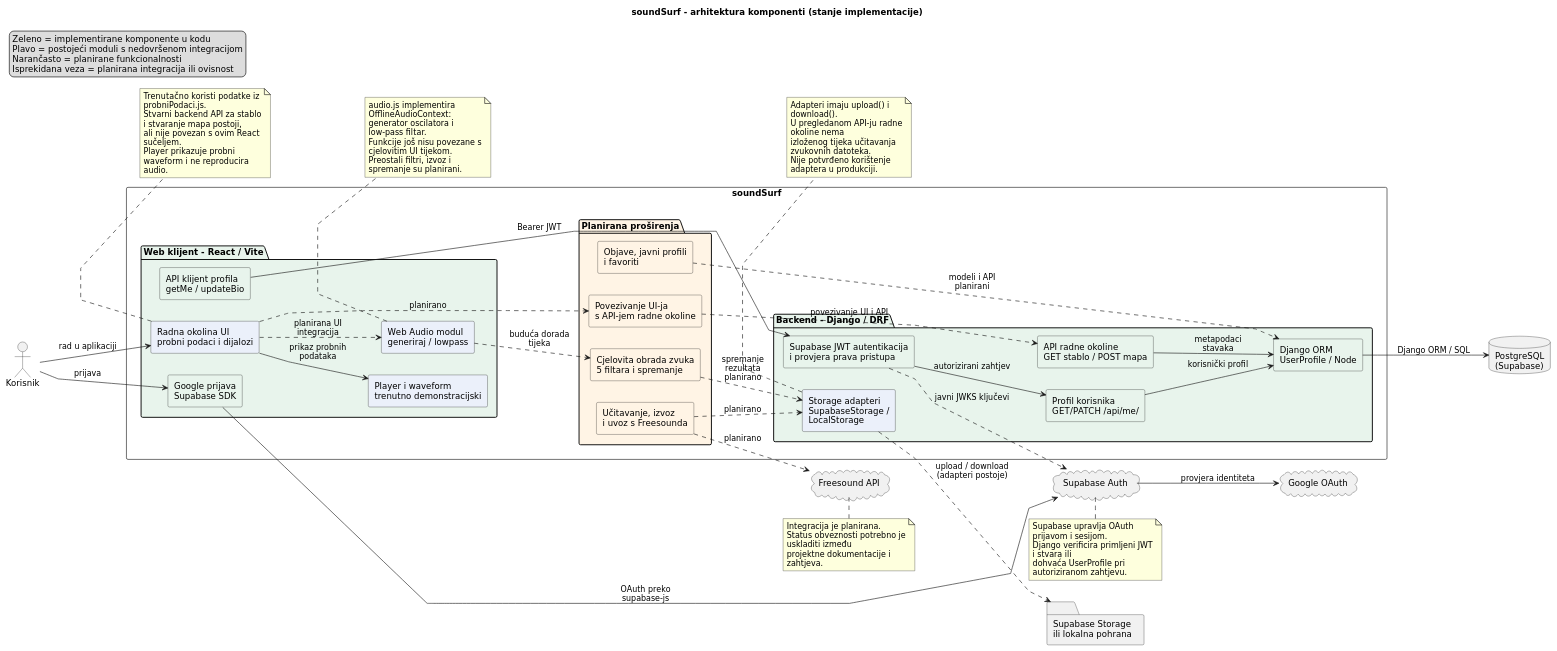
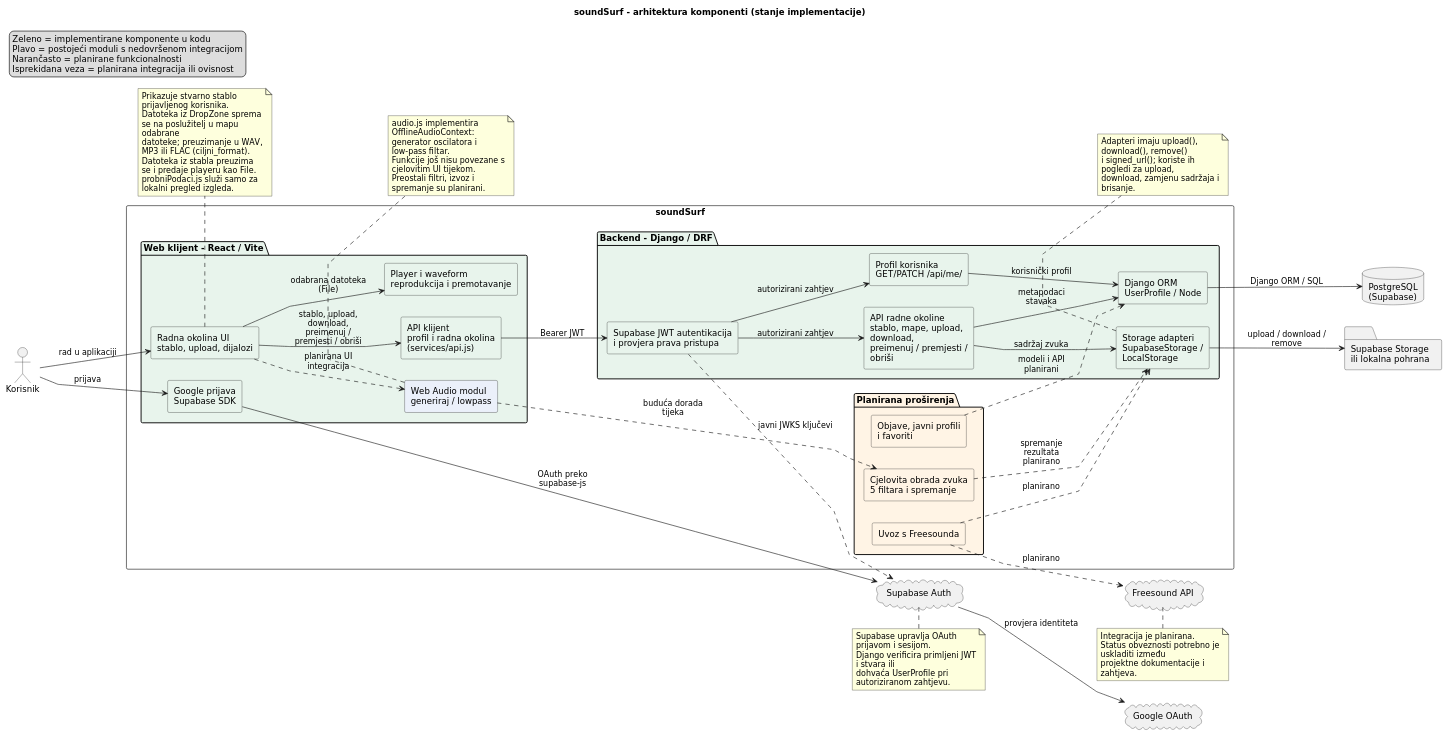
One commit to TomaPetrusic/soundSurf changed the diagram in docs/puml/4-1-soundsurf-komponente.puml. Above: the diagram before and after it, drawn with PlantUML. The commit also changed 1 other file, not shown here.

Commit message:
Dokumentacija: UML komponente i razredi usklađeni s radnom okolinom

```diff
--- a/docs/puml/4-1-soundsurf-komponente.puml
+++ b/docs/puml/4-1-soundsurf-komponente.puml
@@ -1,112 +1,112 @@
 @startuml
 left to right direction
 skinparam shadowing false
 skinparam componentStyle rectangle
 skinparam defaultFontName "DejaVu Sans"
 skinparam wrapWidth 200
 skinparam maxMessageSize 130
 skinparam linetype polyline
 
 title soundSurf - arhitektura komponenti (stanje implementacije)
 
 legend top left
   Zeleno = implementirane komponente u kodu
   Plavo = postojeći moduli s nedovršenom integracijom
   Narančasto = planirane funkcionalnosti
   Isprekidana veza = planirana integracija ili ovisnost
 endlegend
 
 actor "Korisnik" as User
 cloud "Google OAuth" as Google
 cloud "Supabase Auth" as Auth
 cloud "Freesound API" as Freesound
 database "PostgreSQL\n(Supabase)" as DB
 folder "Supabase Storage\nili lokalna pohrana" as Files
 
 rectangle "soundSurf" {
 
   package "Web klijent - React / Vite" #E8F4EC {
     [Google prijava\nSupabase SDK] as Login #E8F4EC
-    [API klijent profila\ngetMe / updateBio] as ClientAPI #E8F4EC
+    [API klijent\nprofil i radna okolina\n(services/api.js)] as ClientAPI #E8F4EC
 
-    [Radna okolina UI\nprobni podaci i dijalozi] as WorkspaceUI #EBF0FA
-    [Player i waveform\ntrenutno demonstracijski] as Player #EBF0FA
+    [Radna okolina UI\nstablo, upload, dijalozi] as WorkspaceUI #E8F4EC
+    [Player i waveform\nreprodukcija i premotavanje] as Player #E8F4EC
     [Web Audio modul\ngeneriraj / lowpass] as AudioClient #EBF0FA
   }
 
   package "Backend - Django / DRF" #E8F4EC {
     [Supabase JWT autentikacija\ni provjera prava pristupa] as JWT #E8F4EC
     [Profil korisnika\nGET/PATCH /api/me/] as ProfileAPI #E8F4EC
-    [API radne okoline\nGET stablo / POST mapa] as WorkspaceAPI #E8F4EC
+    [API radne okoline\nstablo, mape, upload, download,\npreimenuj / premjesti / obriši] as WorkspaceAPI #E8F4EC
     [Django ORM\nUserProfile / Node] as ORM #E8F4EC
-    [Storage adapteri\nSupabaseStorage / LocalStorage] as Storage #EBF0FA
+    [Storage adapteri\nSupabaseStorage / LocalStorage] as Storage #E8F4EC
   }
 
   package "Planirana proširenja" #FFF4E5 {
-    [Povezivanje UI-ja\ns API-jem radne okoline] as WorkspaceIntegration #FFF4E5
-    [Učitavanje, izvoz\ni uvoz s Freesounda] as ImportExport #FFF4E5
+    [Uvoz s Freesounda] as ImportExport #FFF4E5
     [Cjelovita obrada zvuka\n5 filtara i spremanje] as Processing #FFF4E5
     [Objave, javni profili\ni favoriti] as Social #FFF4E5
   }
 }
 
 User --> Login : prijava
 User --> WorkspaceUI : rad u aplikaciji
 
 Login --> Auth : OAuth preko supabase-js
 Auth --> Google : provjera identiteta
 
 ClientAPI --> JWT : Bearer JWT
 JWT ..> Auth : javni JWKS ključevi
 JWT --> ProfileAPI : autorizirani zahtjev
 ProfileAPI --> ORM : korisnički profil
+JWT --> WorkspaceAPI : autorizirani zahtjev
 WorkspaceAPI --> ORM : metapodaci stavaka
+WorkspaceAPI --> Storage : sadržaj zvuka
 ORM --> DB : Django ORM / SQL
 
-WorkspaceUI --> Player : prikaz probnih podataka
-WorkspaceUI ..> WorkspaceIntegration : planirano
-WorkspaceIntegration ..> WorkspaceAPI : povezivanje UI i API
+WorkspaceUI --> ClientAPI : stablo, upload, download,\npreimenuj / premjesti / obriši
+WorkspaceUI --> Player : odabrana datoteka (File)
 
 WorkspaceUI ..> AudioClient : planirana UI integracija
 AudioClient ..> Processing : buduća dorada tijeka
 
-Storage ..> Files : upload / download\n(adapteri postoje)
+Storage --> Files : upload / download / remove
 ImportExport ..> Storage : planirano
 ImportExport ..> Freesound : planirano
 Processing ..> Storage : spremanje rezultata\nplanirano
 Social ..> ORM : modeli i API\nplanirani
 
 note bottom of WorkspaceUI
-  Trenutačno koristi podatke iz probniPodaci.js.
-  Stvarni backend API za stablo i stvaranje mapa postoji,
-  ali nije povezan s ovim React sučeljem.
-  Player prikazuje probni waveform i ne reproducira audio.
+  Prikazuje stvarno stablo prijavljenog korisnika.
+  Datoteka iz DropZone sprema se na poslužitelj u mapu odabrane
+  datoteke; preuzimanje u WAV, MP3 ili FLAC (ciljni_format).
+  Datoteka iz stabla preuzima se i predaje playeru kao File.
+  probniPodaci.js služi samo za lokalni pregled izgleda.
 end note
 
 note bottom of AudioClient
   audio.js implementira OfflineAudioContext:
   generator oscilatora i low-pass filtar.
   Funkcije još nisu povezane s cjelovitim UI tijekom.
   Preostali filtri, izvoz i spremanje su planirani.
 end note
 
 note bottom of Storage
-  Adapteri imaju upload() i download().
-  U pregledanom API-ju radne okoline nema
-  izloženog tijeka učitavanja zvukovnih datoteka.
-  Nije potvrđeno korištenje adaptera u produkciji.
+  Adapteri imaju upload(), download(), remove()
+  i signed_url(); koriste ih pogledi za upload,
+  download, zamjenu sadržaja i brisanje.
 end note
 
 note bottom of Auth
   Supabase upravlja OAuth prijavom i sesijom.
   Django verificira primljeni JWT i stvara ili
   dohvaća UserProfile pri autoriziranom zahtjevu.
 end note
 
 note bottom of Freesound
   Integracija je planirana.
   Status obveznosti potrebno je uskladiti između
   projektne dokumentacije i zahtjeva.
 end note
 
 @enduml
```
